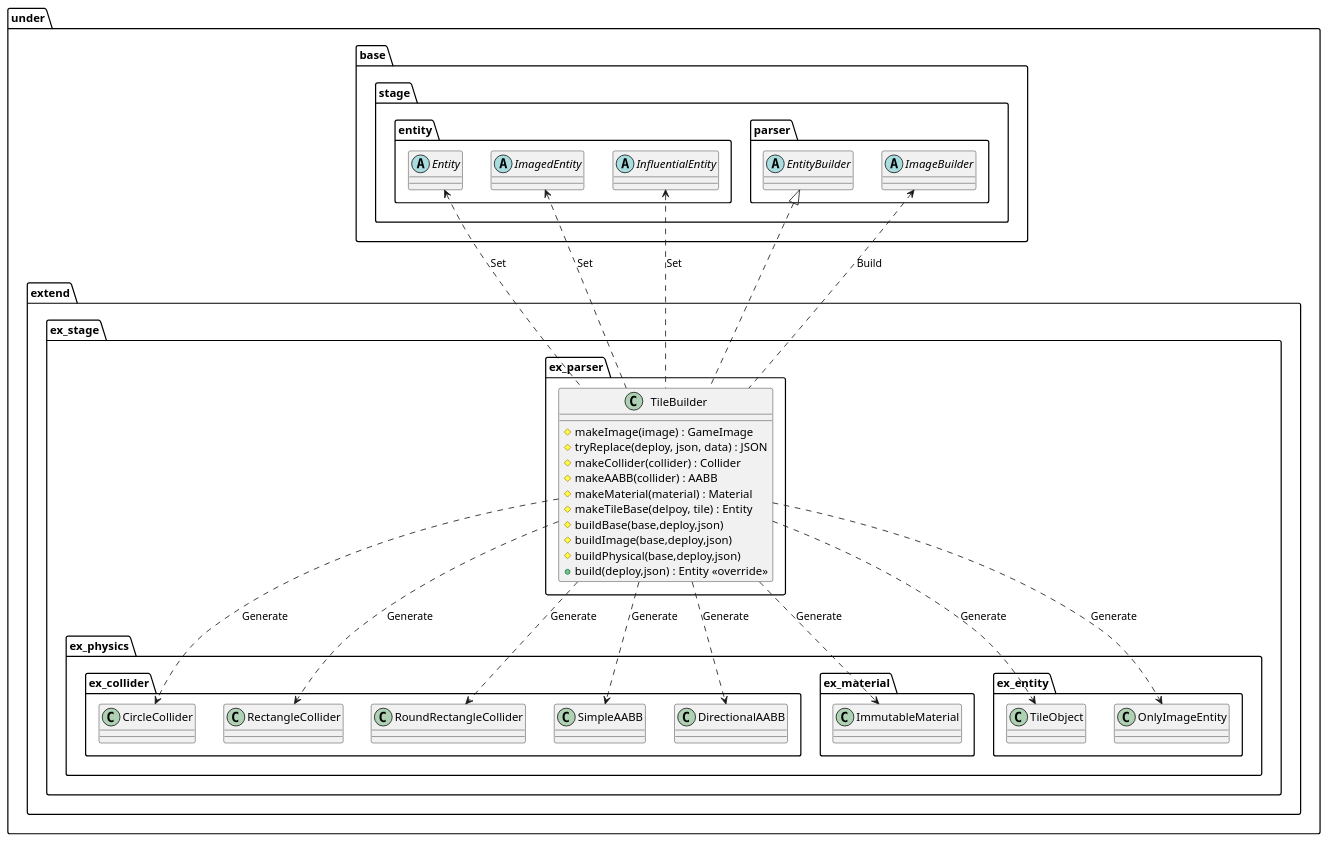
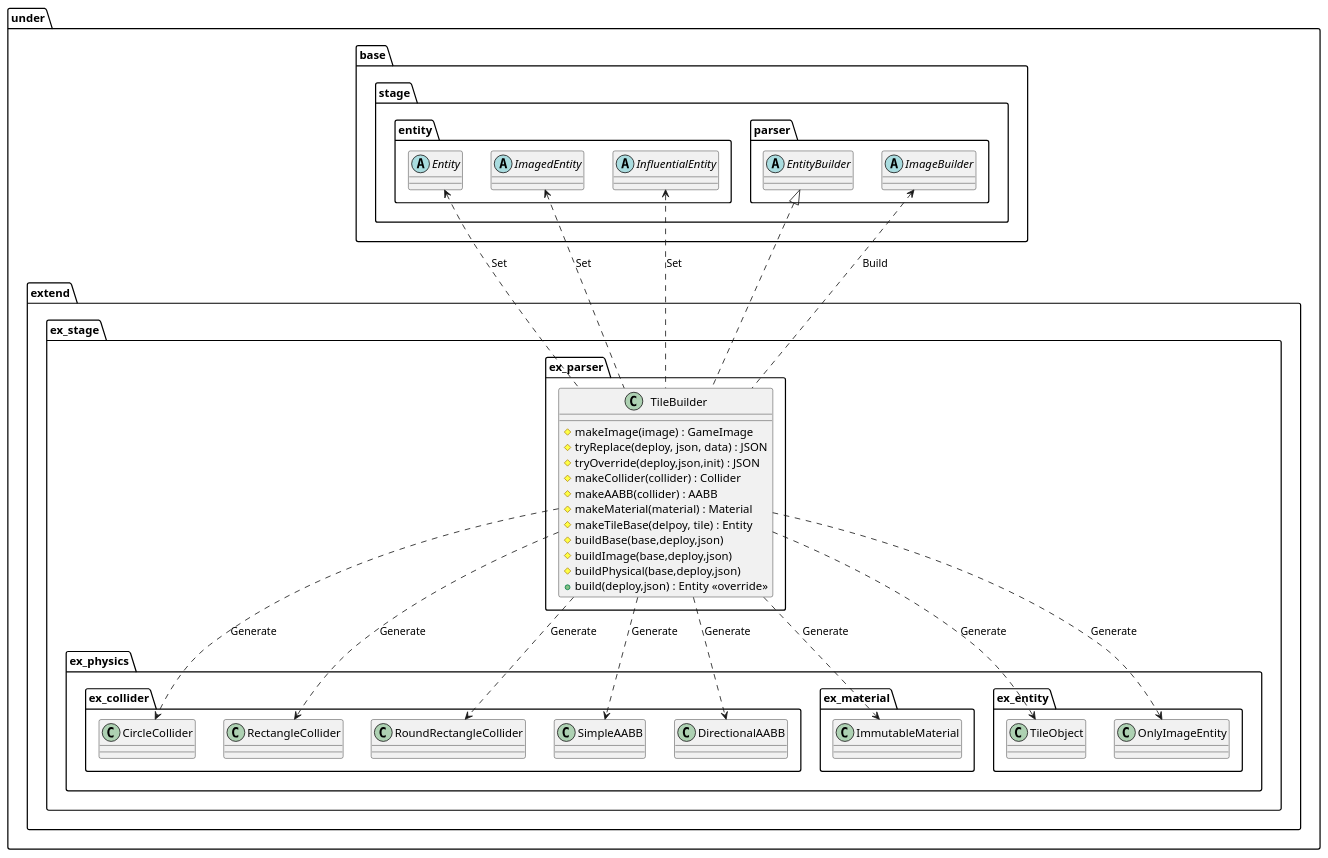
The diagram in uml/parser/Tile.wsd (Expine/Under), drawn with PlantUML before and after one commit. The commit also changed 42 other files, not shown here.

```diff
--- a/uml/parser/Tile.wsd
+++ b/uml/parser/Tile.wsd
@@ -1,76 +1,77 @@
 @startuml ParserTile
 
 package under {
     package extend {
         package ex_stage {
             package ex_parser {
                 class TileBuilder {
                     #makeImage(image) : GameImage
                     #tryReplace(deploy, json, data) : JSON
+                    #tryOverride(deploy,json,init) : JSON
                     #makeCollider(collider) : Collider
                     #makeAABB(collider) : AABB
                     #makeMaterial(material) : Material
                     #makeTileBase(delpoy, tile) : Entity
                     #buildBase(base,deploy,json)
                     #buildImage(base,deploy,json)
                     #buildPhysical(base,deploy,json)
                     +build(deploy,json) : Entity <<override>>
                 }
             }
         }
     }
 }
 
 package under {
     package base {
         package stage {
             package entity {
                 abstract Entity
                 abstract ImagedEntity
                 abstract InfluentialEntity
             }
             package parser {
                 abstract EntityBuilder
                 abstract ImageBuilder
             }
         }
     }
     package extend {
         package ex_stage {
             package ex_physics {
                 package ex_collider {
                     class CircleCollider
                     class RectangleCollider
                     class RoundRectangleCollider
                     class SimpleAABB
                     class DirectionalAABB
                 }
                 package ex_material {
                     class ImmutableMaterial
                 }
                 package ex_entity {
                     class TileObject
                     class OnlyImageEntity
                 }
             }
         }
 
     }
 }
 
 TileBuilder ..> RectangleCollider : Generate
 TileBuilder ..> CircleCollider : Generate
 TileBuilder ..> RoundRectangleCollider : Generate
 TileBuilder ..> SimpleAABB : Generate
 TileBuilder ..> DirectionalAABB : Generate
 TileBuilder ..> ImmutableMaterial : Generate
 TileBuilder ..> TileObject : Generate
 TileBuilder ..> OnlyImageEntity : Generate
 Entity <.. TileBuilder : Set
 ImagedEntity <.. TileBuilder : Set
 InfluentialEntity <.. TileBuilder : Set
 ImageBuilder <.. TileBuilder : Build
 
 EntityBuilder <|.. TileBuilder
 
 @enduml
```
